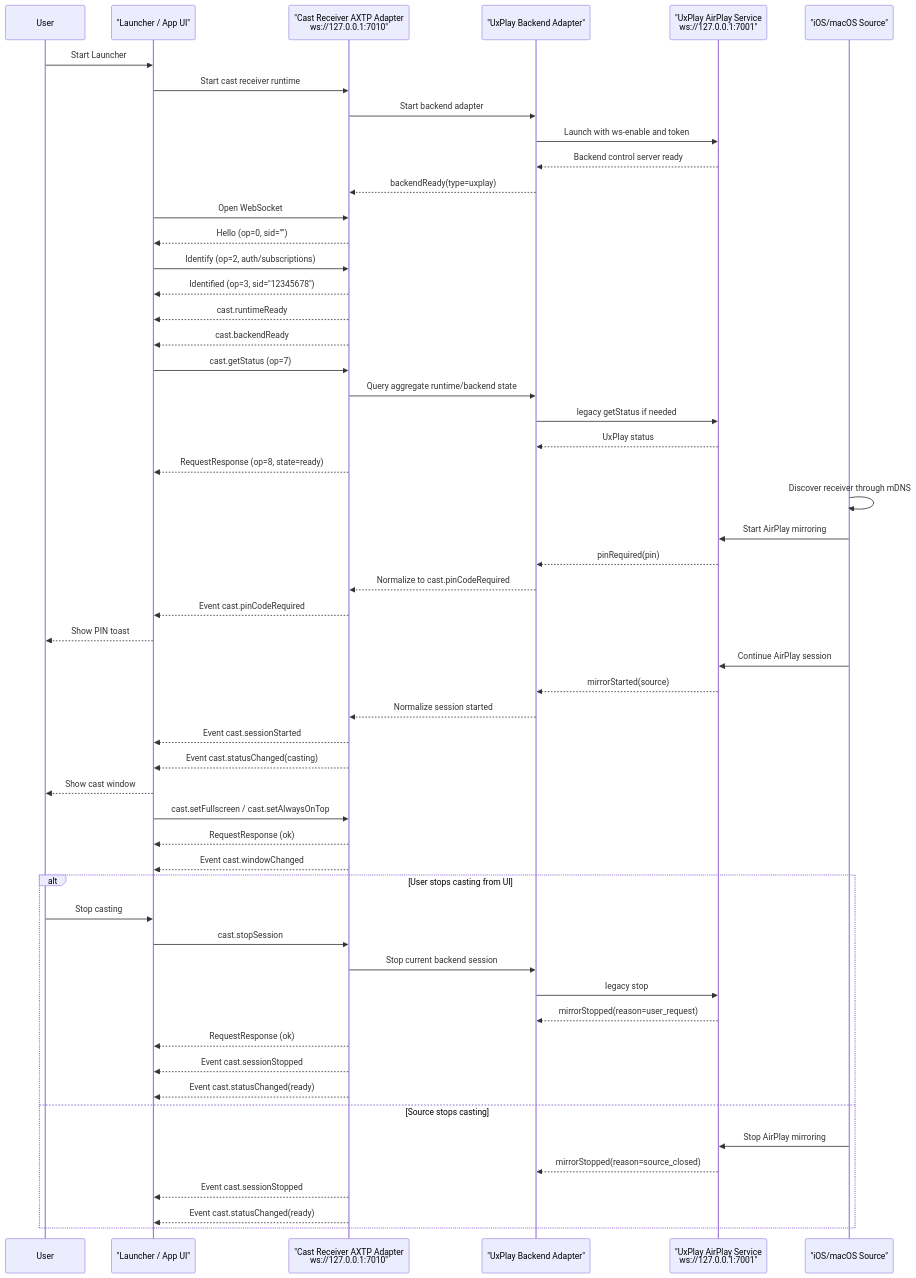
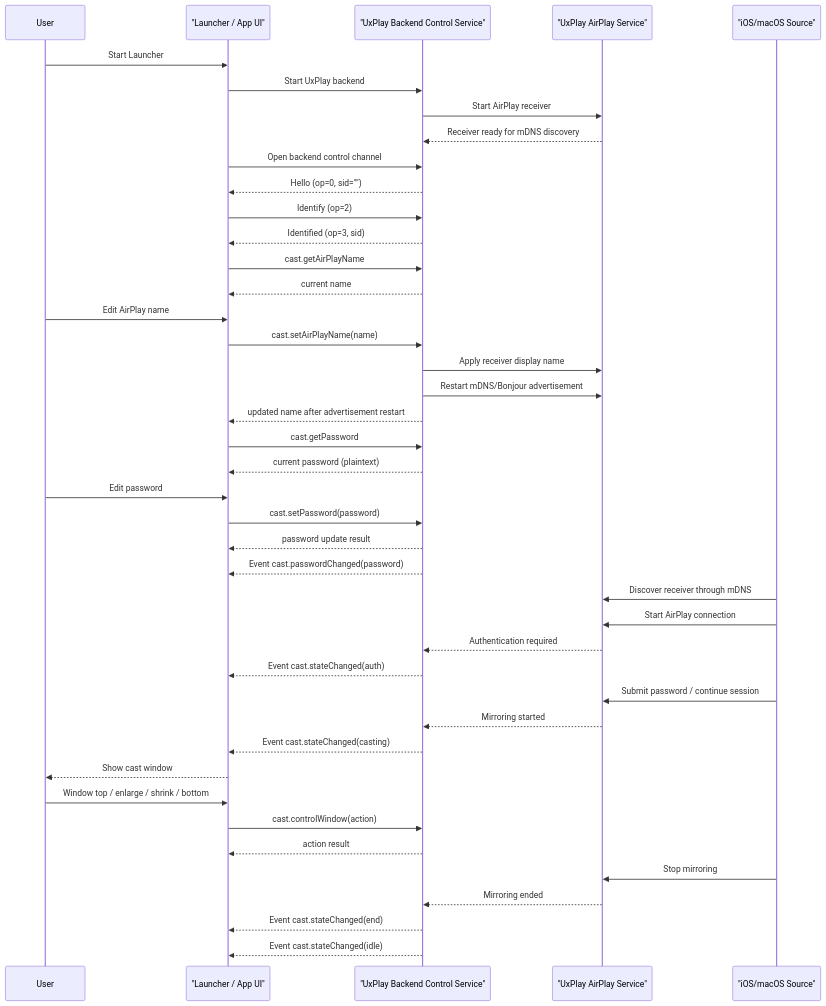
The diagram in docs/flows/cast-reciever-uxplay.md (Mostorm-Labs/axtp), drawn with Mermaid before and after one commit. The commit also changed other lines of this file and 1 other file, not shown here.

First line of the commit message:
docs: update cast receiver UxPlay control docs

````diff
--- a/docs/flows/cast-reciever-uxplay.md
+++ b/docs/flows/cast-reciever-uxplay.md
@@ -82,63 +75,52 @@
 ```mermaid
 sequenceDiagram
     participant User
-    participant Launcher as "Launcher / App UI"
-    participant AXTP as "Cast Receiver AXTP Adapter<br/>ws://127.0.0.1:7010"
-    participant Backend as "UxPlay Backend Adapter"
-    participant UxPlay as "UxPlay AirPlay Service<br/>ws://127.0.0.1:7001"
+    participant UI as "Launcher / App UI"
+    participant Backend as "UxPlay Backend Control Service"
+    participant AirPlay as "UxPlay AirPlay Service"
     participant Source as "iOS/macOS Source"
 
-    User->>Launcher: Start Launcher
-    Launcher->>AXTP: Start cast receiver runtime
-    AXTP->>Backend: Start backend adapter
-    Backend->>UxPlay: Launch with ws-enable and token
-    UxPlay-->>Backend: Backend control server ready
-    Backend-->>AXTP: backendReady(type=uxplay)
+    User->>UI: Start Launcher
+    UI->>Backend: Start UxPlay backend
+    Backend->>AirPlay: Start AirPlay receiver
+    AirPlay-->>Backend: Receiver ready for mDNS discovery
 
-    Launcher->>AXTP: Open WebSocket
-    AXTP-->>Launcher: Hello (op=0, sid="")
-    Launcher->>AXTP: Identify (op=2, auth/subscriptions)
-    AXTP-->>Launcher: Identified (op=3, sid="12345678")
-    AXTP-->>Launcher: cast.runtimeReady
-    AXTP-->>Launcher: cast.backendReady
+    UI->>Backend: Open backend control channel
+    Backend-->>UI: Hello (op=0, sid="")
+    UI->>Backend: Identify (op=2)
+    Backend-->>UI: Identified (op=3, sid)
 
-    Launcher->>AXTP: cast.getStatus (op=7)
-    AXTP->>Backend: Query aggregate runtime/backend state
-    Backend->>UxPlay: legacy getStatus if needed
-    UxPlay-->>Backend: UxPlay status
-    AXTP-->>Launcher: RequestResponse (op=8, state=ready)
+    UI->>Backend: cast.getAirPlayName
+    Backend-->>UI: current name
+    User->>UI: Edit AirPlay name
+    UI->>Backend: cast.setAirPlayName(name)
+    Backend->>AirPlay: Apply receiver display name
+    Backend->>AirPlay: Restart mDNS/Bonjour advertisement
+    Backend-->>UI: updated name after advertisement restart
 
-    Source->>Source: Discover receiver through mDNS
-    Source->>UxPlay: Start AirPlay mirroring
-    UxPlay-->>Backend: pinRequired(pin)
-    Backend-->>AXTP: Normalize to cast.pinCodeRequired
-    AXTP-->>Launcher: Event cast.pinCodeRequired
-    Launcher-->>User: Show PIN toast
+    UI->>Backend: cast.getPassword
+    Backend-->>UI: current password (plaintext)
+    User->>UI: Edit password
+    UI->>Backend: cast.setPassword(password)
+    Backend-->>UI: password update result
+    Backend-->>UI: Event cast.passwordChanged(password)
 
-    Source->>UxPlay: Continue AirPlay session
-    UxPlay-->>Backend: mirrorStarted(source)
-    Backend-->>AXTP: Normalize session started
-    AXTP-->>Launcher: Event cast.sessionStarted
-    AXTP-->>Launcher: Event cast.statusChanged(casting)
-    Launcher-->>User: Show cast window
+    Source->>AirPlay: Discover receiver through mDNS
+    Source->>AirPlay: Start AirPlay connection
+    AirPlay-->>Backend: Authentication required
+    Backend-->>UI: Event cast.stateChanged(auth)
 
-    Launcher->>AXTP: cast.setFullscreen / cast.setAlwaysOnTop
-    AXTP-->>Launcher: RequestResponse (ok)
-    AXTP-->>Launcher: Event cast.windowChanged
+    Source->>AirPlay: Submit password / continue session
+    AirPlay-->>Backend: Mirroring started
+    Backend-->>UI: Event cast.stateChanged(casting)
+    UI-->>User: Show cast window
 
-    alt User stops casting from UI
-        User->>Launcher: Stop casting
-        Launcher->>AXTP: cast.stopSession
-        AXTP->>Backend: Stop current backend session
-        Backend->>UxPlay: legacy stop
-        UxPlay-->>Backend: mirrorStopped(reason=user_request)
-        AXTP-->>Launcher: RequestResponse (ok)
-        AXTP-->>Launcher: Event cast.sessionStopped
-        AXTP-->>Launcher: Event cast.statusChanged(ready)
-    else Source stops casting
-        Source->>UxPlay: Stop AirPlay mirroring
-        UxPlay-->>Backend: mirrorStopped(reason=source_closed)
-        AXTP-->>Launcher: Event cast.sessionStopped
-        AXTP-->>Launcher: Event cast.statusChanged(ready)
-    end
+    User->>UI: Window top / enlarge / shrink / bottom
+    UI->>Backend: cast.controlWindow(action)
+    Backend-->>UI: action result
+
+    Source->>AirPlay: Stop mirroring
+    AirPlay-->>Backend: Mirroring ended
+    Backend-->>UI: Event cast.stateChanged(end)
+    Backend-->>UI: Event cast.stateChanged(idle)
 ```
````
